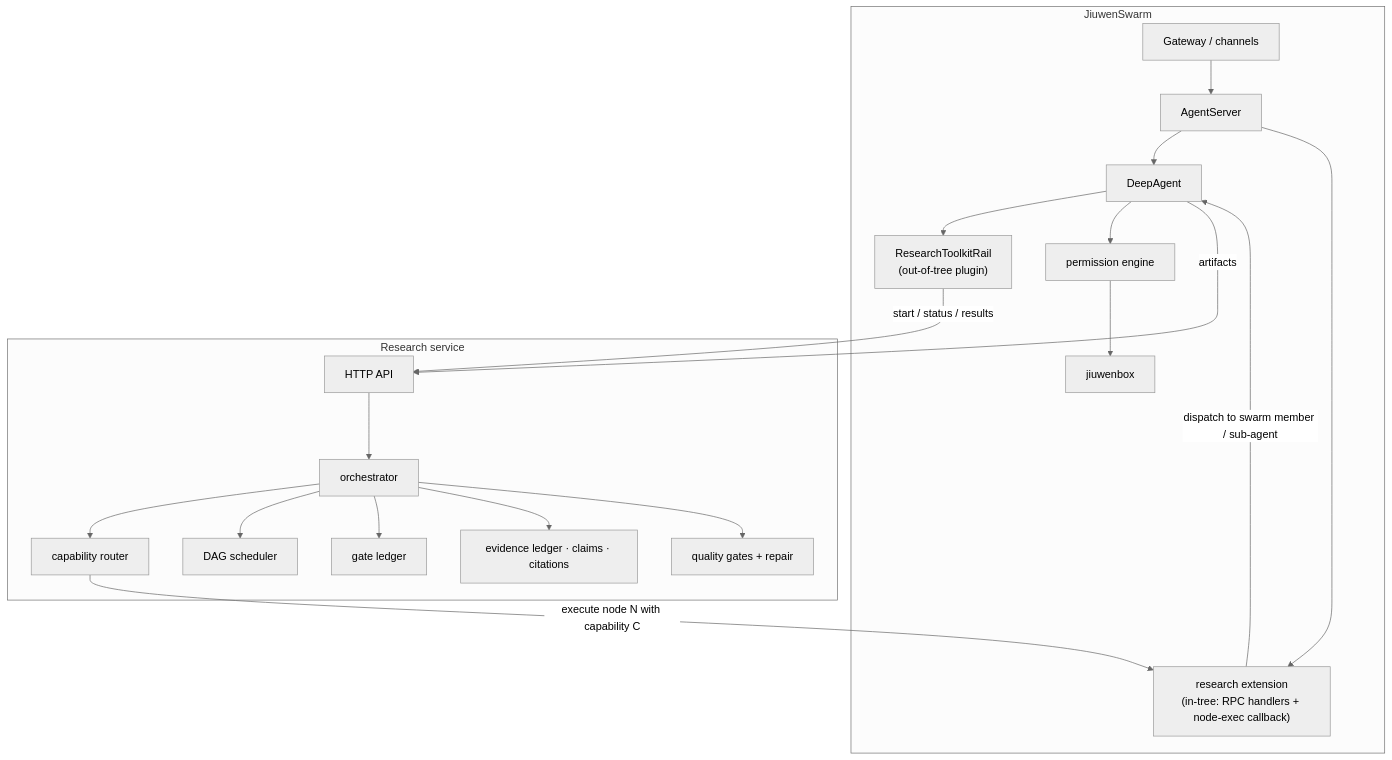
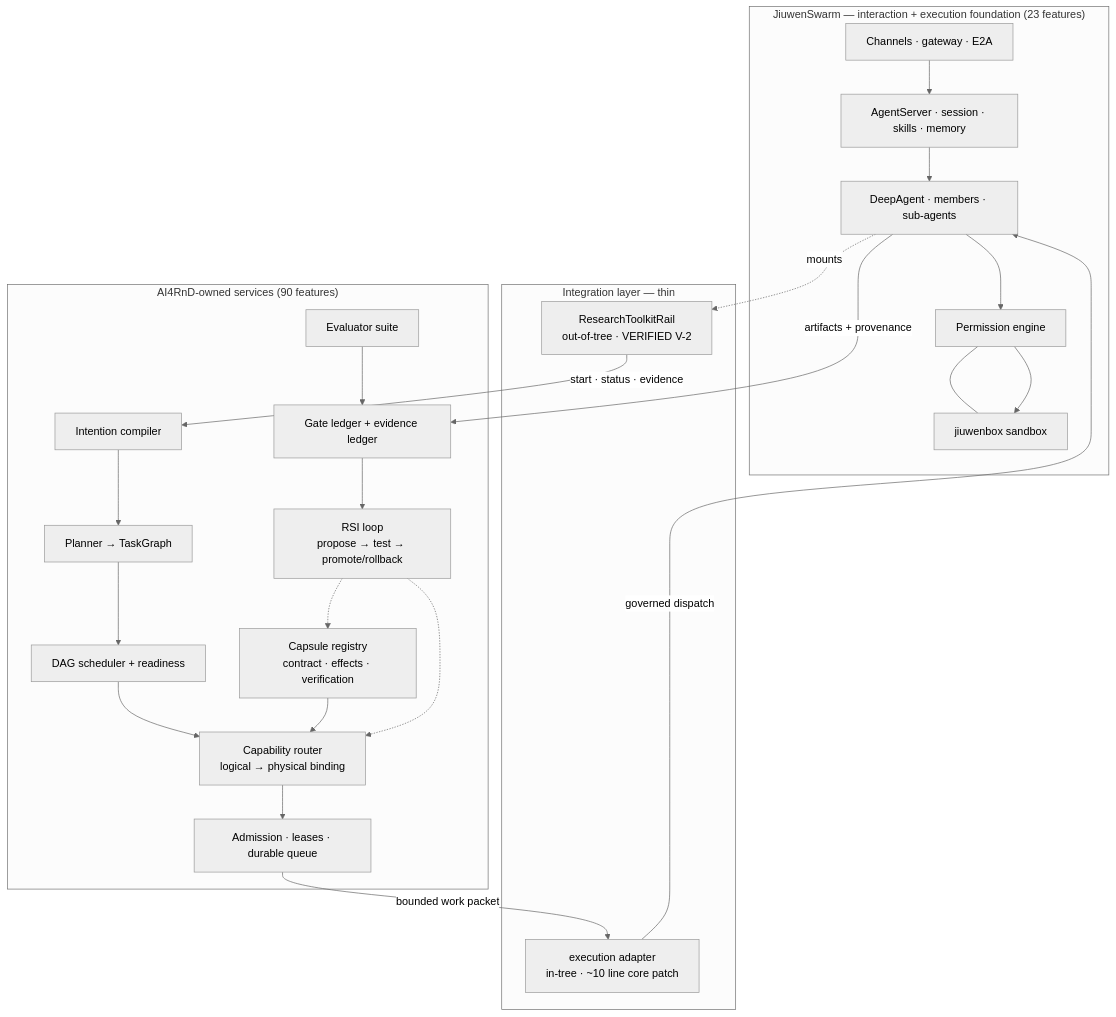
Before and after one commit to suraj-subrahmanyan/jiuwenswarm: the diagram in docs/analysis/ai4rnd-jiuwenswarm/07-architecture-options.md, drawn with Mermaid (neutral theme). The commit also changed other lines of this file and 17 other files, not shown here.

````diff
--- a/docs/analysis/ai4rnd-jiuwenswarm/07-architecture-options.md
+++ b/docs/analysis/ai4rnd-jiuwenswarm/07-architecture-options.md
@@ -125,22 +105,31 @@
 ```mermaid
 flowchart TB
-    subgraph JW["JiuwenSwarm"]
-        GW["Gateway / channels"] --> AS["AgentServer"]
-        AS --> DA["DeepAgent"]
-        DA --> RAIL["ResearchToolkitRail<br/>(out-of-tree plugin)"]
-        AS --> EXT["research extension<br/>(in-tree: RPC handlers + node-exec callback)"]
-        DA --> PERM["permission engine"] --> SBX["jiuwenbox"]
+    subgraph JW["JiuwenSwarm — interaction + execution foundation (23 features)"]
+        CH["Channels · gateway · E2A"]
+        AS["AgentServer · session · skills · memory"]
+        DA["DeepAgent · members · sub-agents"]
+        PERM["Permission engine"] --- SBX["jiuwenbox sandbox"]
     end
-    subgraph SVC["Research service"]
-        API["HTTP API"] --> ORCH["orchestrator"]
-        ORCH --> ROUTE["capability router"]
-        ORCH --> DAG["DAG scheduler"]
-        ORCH --> GL["gate ledger"]
-        ORCH --> EV["evidence ledger · claims · citations"]
-        ORCH --> GATES["quality gates + repair"]
+    subgraph GLUE["Integration layer — thin"]
+        RAIL["ResearchToolkitRail<br/>out-of-tree · VERIFIED V-2"]
+        EXT["execution adapter<br/>in-tree · ~10 line core patch"]
     end
-    RAIL -->|"start / status / results"| API
-    ROUTE -->|"execute node N with capability C"| EXT
-    EXT -->|"dispatch to swarm member / sub-agent"| DA
-    DA -->|"artifacts"| API
+    subgraph AI["AI4RnD-owned services (90 features)"]
+        INT["Intention compiler"] --> PLAN["Planner → TaskGraph"]
+        PLAN --> SCHED["DAG scheduler + readiness"]
+        SCHED --> ROUTE["Capability router<br/>logical → physical binding"]
+        CAPS["Capsule registry<br/>contract · effects · verification"] --> ROUTE
+        ROUTE --> ADMIT["Admission · leases · durable queue"]
+        EVAL["Evaluator suite"] --> LEDGER["Gate ledger + evidence ledger"]
+        LEDGER --> RSI["RSI loop<br/>propose → test → promote/rollback"]
+        RSI -.-> CAPS
+        RSI -.-> ROUTE
+    end
+    CH --> AS --> DA
+    DA -.mounts.-> RAIL
+    DA --> PERM --> SBX
+    RAIL -->|"start · status · evidence"| INT
+    ADMIT -->|"bounded work packet"| EXT
+    EXT -->|"governed dispatch"| DA
+    DA -->|"artifacts + provenance"| LEDGER
 ```
````
